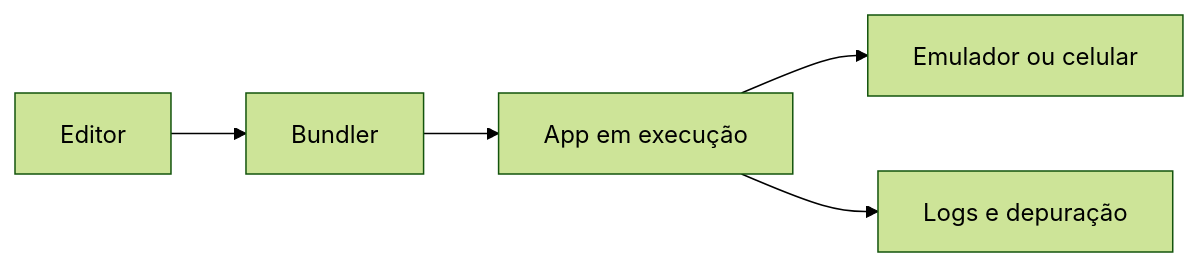
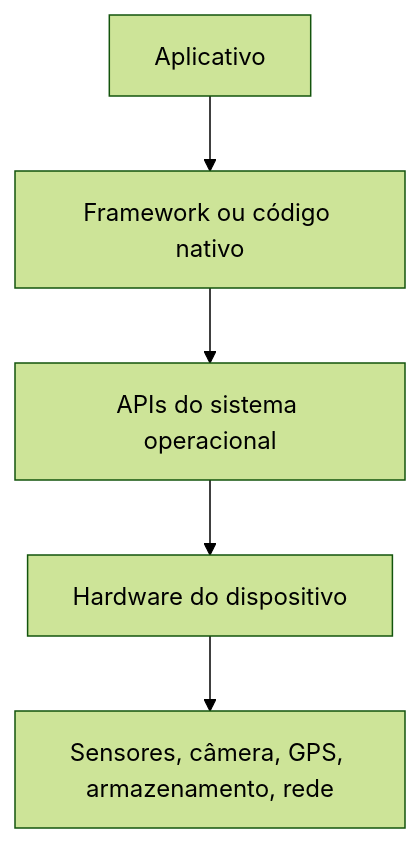
Before and after one commit to luciano-alexandre/dispositivos-moveis: the first of 2 diagrams in docs/encontros/encontro-01.md, drawn with Mermaid (forest theme). The commit also changed other lines of this file, not shown here.

````diff
--- a/docs/encontros/encontro-01.md
+++ b/docs/encontros/encontro-01.md
@@ -20,7 +98,7 @@
 ```mermaid
-flowchart LR
-  A[Editor] --> B[Bundler]
-  B --> C[App em execução]
-  C --> D[Emulador ou celular]
-  C --> E[Logs e depuração]
+flowchart TD
+  A[Aplicativo] --> B[Framework ou código nativo]
+  B --> C[APIs do sistema operacional]
+  C --> D[Hardware do dispositivo]
+  D --> E[Sensores, câmera, GPS, armazenamento, rede]
 ```
````
